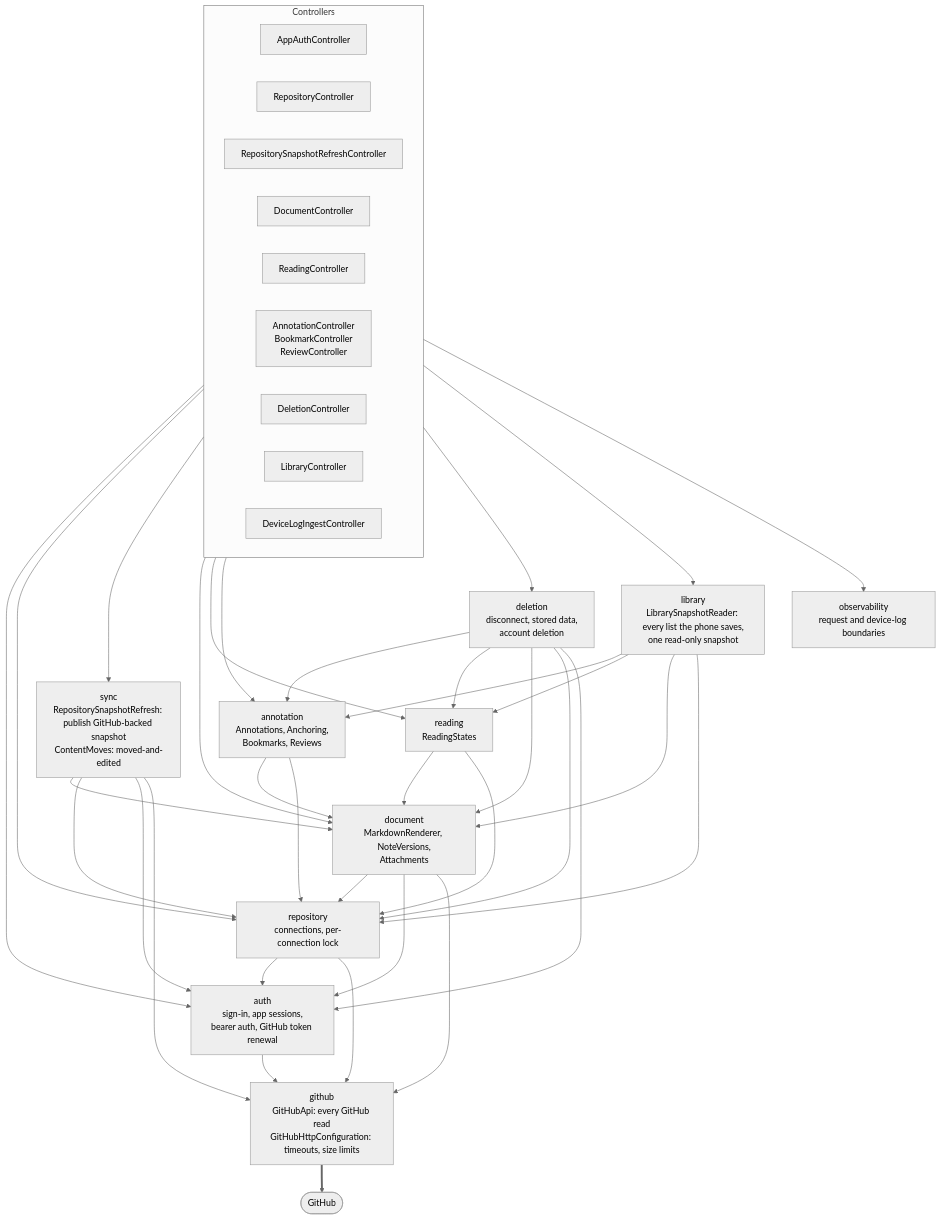
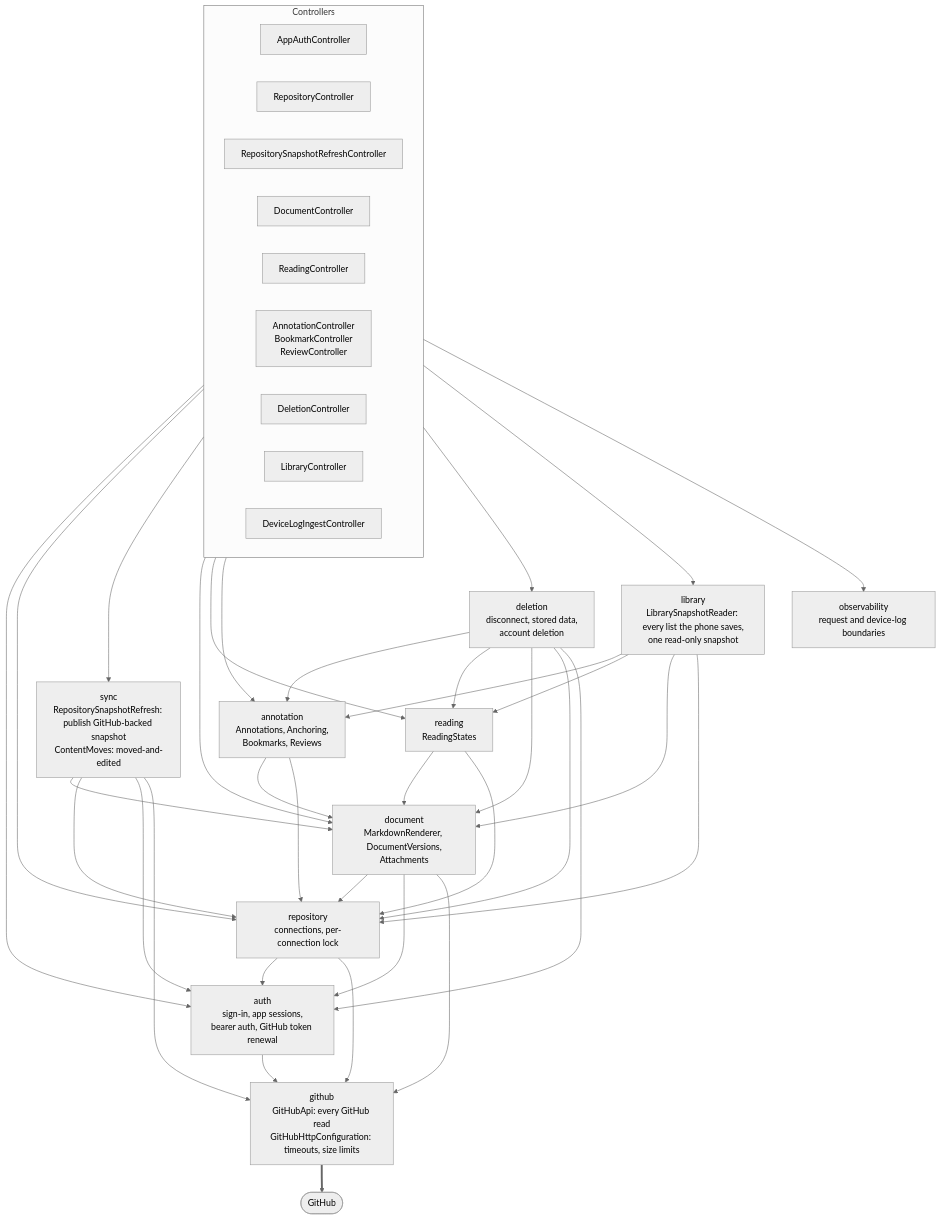
One commit to jaxwong/reporead changed the third of 13 diagrams in docs/architecture.md. Above: the diagram before and after it, drawn with Mermaid (neutral theme). The commit also changed other lines of this file and 4 other files, not shown here.

````diff
--- a/docs/architecture.md
+++ b/docs/architecture.md
@@ -95,62 +95,62 @@
 ```mermaid
 flowchart TB
     subgraph HTTP["Controllers"]
         direction LR
         AuthC["AppAuthController"]
         RepoC["RepositoryController"]
         SnapshotRefreshC["RepositorySnapshotRefreshController"]
         DocC["DocumentController"]
         ReadC["ReadingController"]
         AnnC["AnnotationController<br/>BookmarkController<br/>ReviewController"]
         DelC["DeletionController"]
         LibC["LibraryController"]
         LogC["DeviceLogIngestController"]
     end
 
     deletion["deletion<br/>disconnect, stored data,<br/>account deletion"]
     observability["observability<br/>request and device-log boundaries"]
     library["library<br/>LibrarySnapshotReader: every list the phone saves,<br/>one read-only snapshot"]
     sync["sync<br/>RepositorySnapshotRefresh: publish GitHub-backed snapshot<br/>ContentMoves: moved-and-edited"]
     annotation["annotation<br/>Annotations, Anchoring,<br/>Bookmarks, Reviews"]
     reading["reading<br/>ReadingStates"]
-    document["document<br/>MarkdownRenderer, NoteVersions,<br/>Attachments"]
+    document["document<br/>MarkdownRenderer, DocumentVersions,<br/>Attachments"]
     repository["repository<br/>connections, per-connection lock"]
     auth["auth<br/>sign-in, app sessions,<br/>bearer auth, GitHub token renewal"]
     github["github<br/>GitHubApi: every GitHub read<br/>GitHubHttpConfiguration: timeouts, size limits"]
 
     AuthC --> auth
     RepoC --> repository
     SnapshotRefreshC --> sync
     DocC --> document
     ReadC --> reading
     AnnC --> annotation
     DelC --> deletion
     LibC --> library
     LogC --> observability
 
     deletion --> annotation
     deletion --> reading
     deletion --> document
     deletion --> repository
     deletion --> auth
     library --> annotation
     library --> reading
     library --> document
     library --> repository
     sync --> document
     sync --> repository
     sync --> auth
     sync --> github
     annotation --> document
     annotation --> repository
     reading --> document
     reading --> repository
     document --> repository
     document --> auth
     document --> github
     repository --> auth
     repository --> github
     auth --> github
 
     github ==> GH(["GitHub"])
 ```
````
